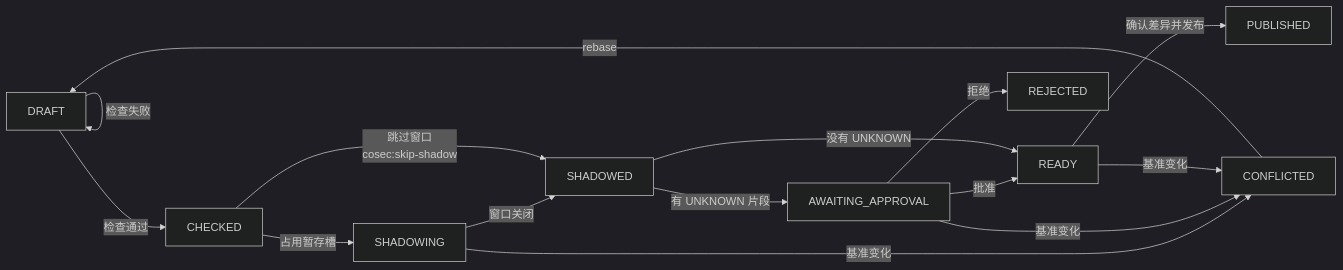
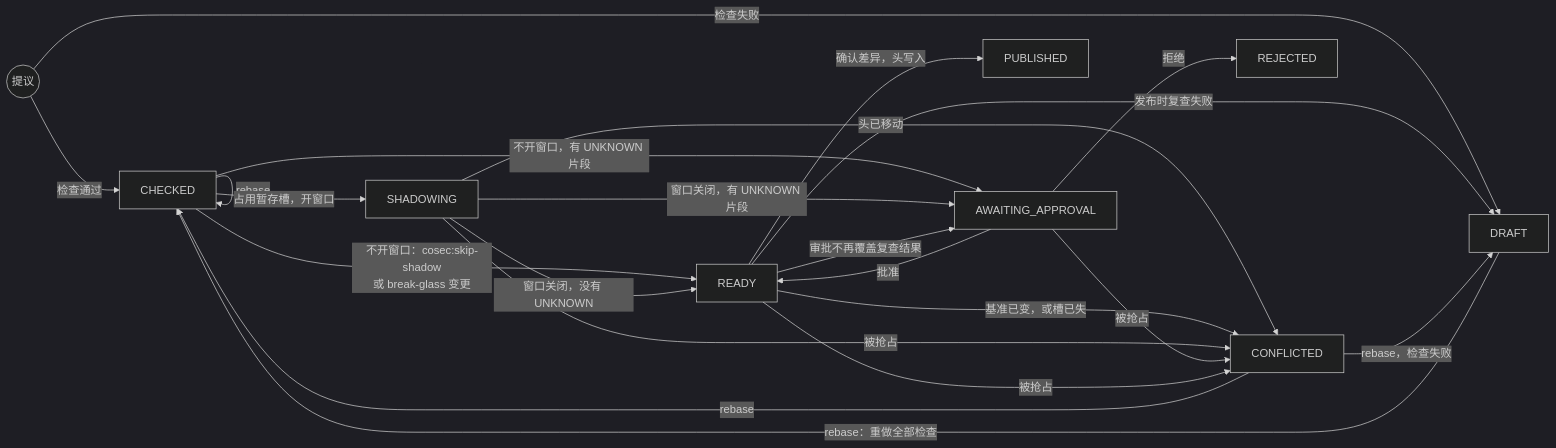
The first of 2 diagrams in docs/rfc/0007-control-plane.md (Ahoo-Wang/CoSec), drawn with Mermaid (dark theme) before and after one commit. The commit also changed other lines of this file and 2 other files, not shown here.

Commit message:
docs: the change lifecycle as the code's table has it (RFC 0007 §5.5, §6.1); B2b before the RC, by the maintainer's decision (RFC 0013, roadmap)

````diff
--- a/docs/rfc/0007-control-plane.md
+++ b/docs/rfc/0007-control-plane.md
@@ -499,17 +508,24 @@
 ```mermaid
 flowchart LR
-    D[DRAFT] -->|检查通过| C[CHECKED]
-    D -->|检查失败| D
-    C -->|占用暂存槽| S[SHADOWING]
-    S -->|窗口关闭| W[SHADOWED]
-    W -->|有 UNKNOWN 片段| A[AWAITING_APPROVAL]
-    A -->|批准| R[READY]
-    W -->|没有 UNKNOWN| R
-    R -->|确认差异并发布| P[PUBLISHED]
-    C -->|跳过窗口<br>cosec:skip-shadow| W
-    S -->|基准变化| X[CONFLICTED]
-    A -->|基准变化| X
-    R -->|基准变化| X
-    X -->|rebase| D
+    N((提议)) -->|检查通过| C[CHECKED]
+    N -->|检查失败| D[DRAFT]
+    D -->|rebase：重做全部检查| C
+    C -->|rebase| C
+    C -->|占用暂存槽，开窗口| S[SHADOWING]
+    C -->|不开窗口：cosec:skip-shadow<br>或 break-glass 变更| R[READY]
+    C -->|不开窗口，有 UNKNOWN 片段| A[AWAITING_APPROVAL]
+    S -->|窗口关闭，没有 UNKNOWN| R
+    S -->|窗口关闭，有 UNKNOWN 片段| A
+    S -->|头已移动| X[CONFLICTED]
+    A -->|批准| R
     A -->|拒绝| J[REJECTED]
+    R -->|确认差异，头写入| P[PUBLISHED]
+    R -->|发布时复查失败| D
+    R -->|审批不再覆盖复查结果| A
+    R -->|基准已变，或槽已失| X
+    S -->|被抢占| X
+    A -->|被抢占| X
+    R -->|被抢占| X
+    X -->|rebase| C
+    X -->|rebase，检查失败| D
 ```
````
